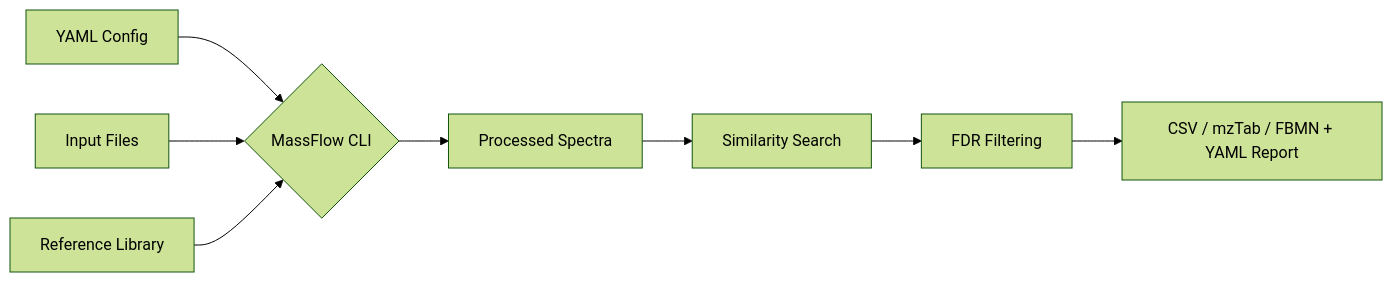
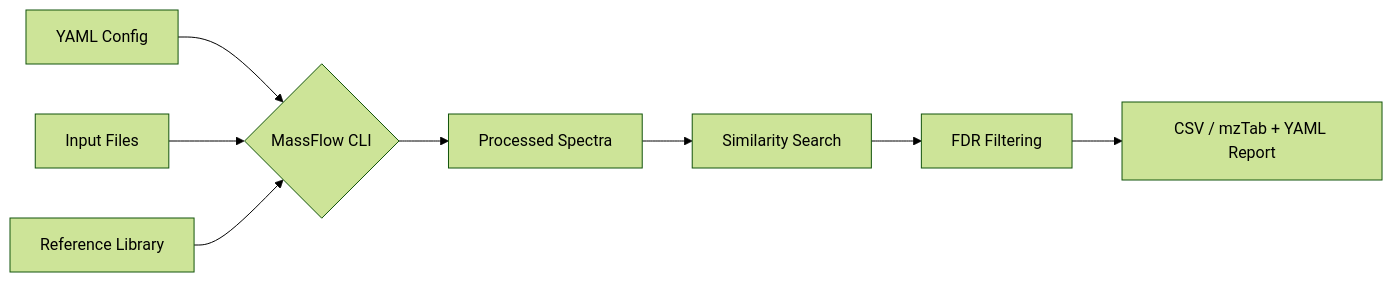
Before and after one commit to janusson/MassFlow: the first of 3 diagrams in ARCHITECTURE.md, drawn with Mermaid (forest theme). The commit also changed other lines of this file and 11 other files, not shown here.

````diff
--- a/ARCHITECTURE.md
+++ b/ARCHITECTURE.md
@@ -39,10 +39,10 @@
 ```mermaid
 graph LR
     Config[YAML Config] --> CLI{MassFlow CLI}
     Input[Input Files] --> CLI
     Library[Reference Library] --> CLI
     CLI --> Processed[Processed Spectra]
     Processed --> Sim[Similarity Search]
     Sim --> Filter[FDR Filtering]
-    Filter --> Out[CSV / mzTab / FBMN + YAML Report]
+    Filter --> Out[CSV / mzTab + YAML Report]
 ```
````
